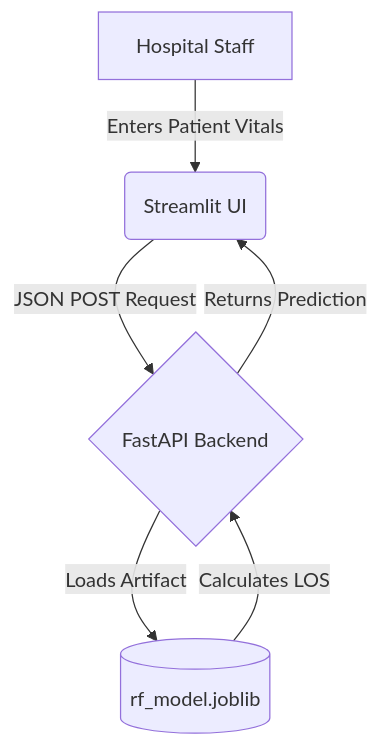
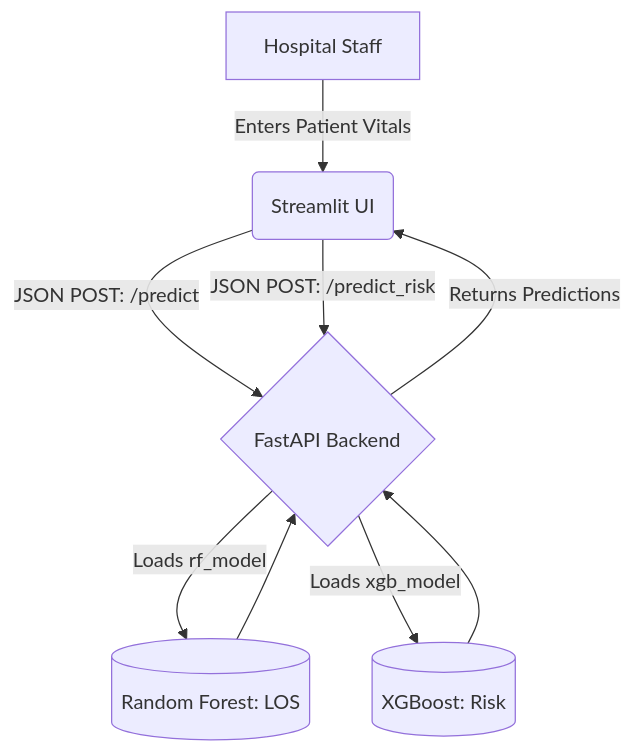
One commit to JahnaviPenmethsa/healthcare_LOS_predictor changed the diagram in README.md. Above: the diagram before and after it, drawn with Mermaid. The commit also changed other lines of this file, not shown here.

````diff
--- a/README.md
+++ b/README.md
@@ -7,8 +7,11 @@
 ```mermaid
 graph TD
     A[Hospital Staff] -->|Enters Patient Vitals| B(Streamlit UI)
-    B -->|JSON POST Request| C{FastAPI Backend}
-    C -->|Loads Artifact| D[(rf_model.joblib)]
-    D -->|Calculates LOS| C
-    C -->|Returns Prediction| B
+    B -->|JSON POST: /predict| C{FastAPI Backend}
+    B -->|JSON POST: /predict_risk| C
+    C -->|Loads rf_model| D[(Random Forest: LOS)]
+    C -->|Loads xgb_model| E[(XGBoost: Risk)]
+    D --> C
+    E --> C
+    C -->|Returns Predictions| B
 ```
````
